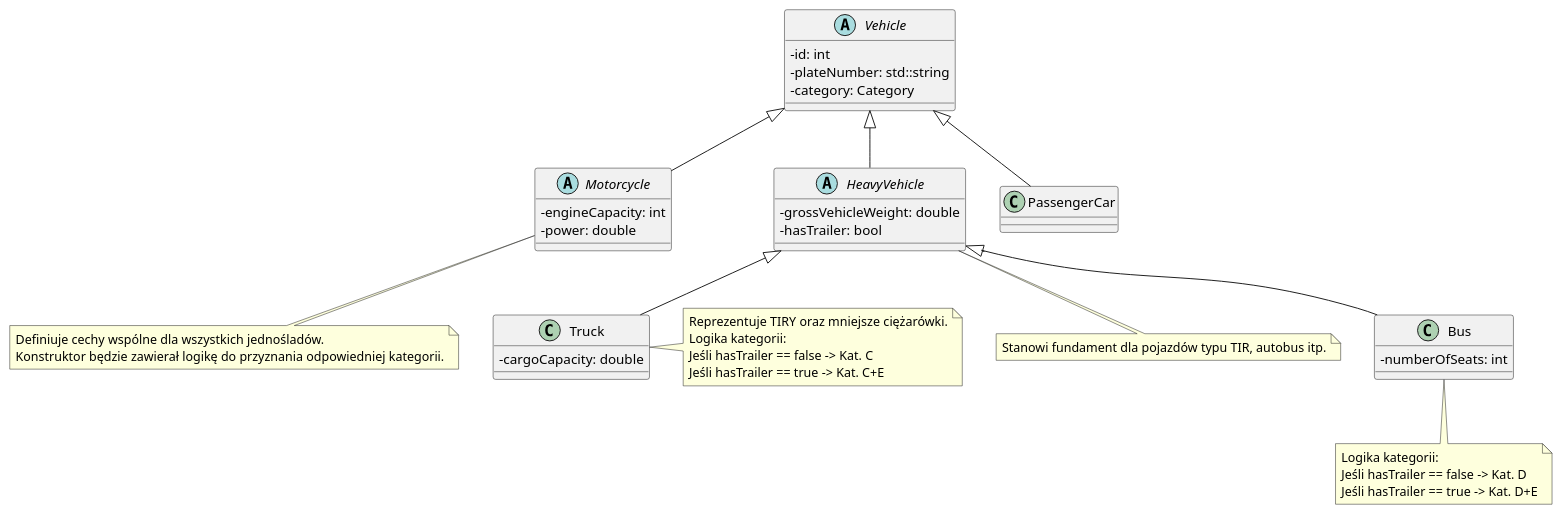
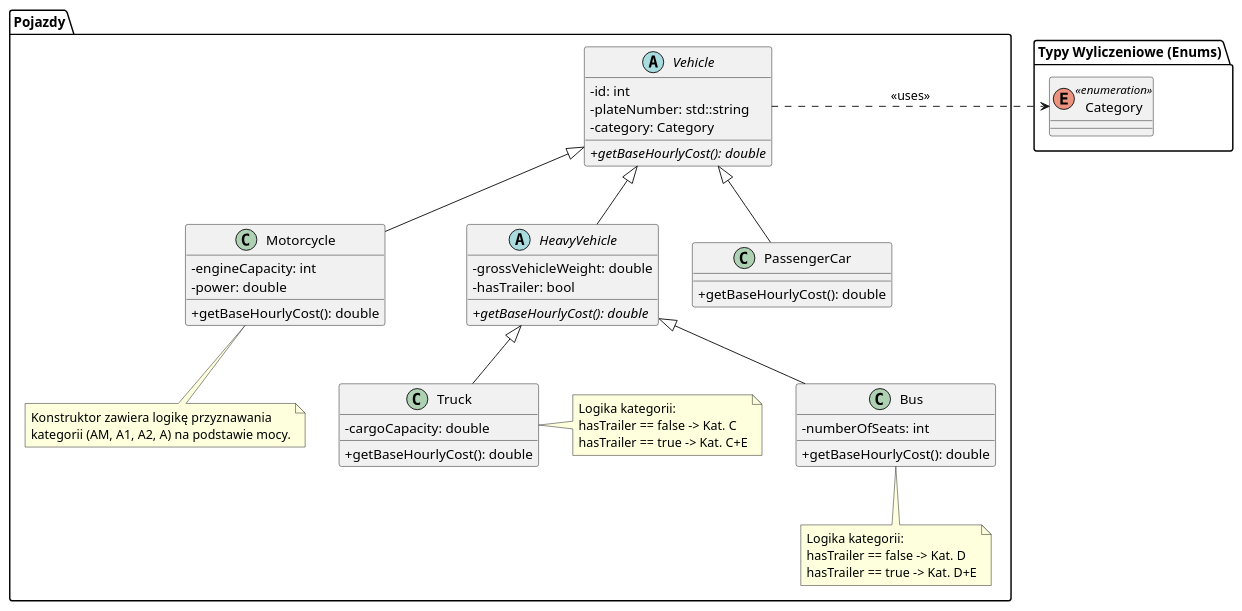
One commit to j-muszynski/Centrum-Szkoleniowe-POBI changed the diagram in uml/model/vehicle.puml. Above: the diagram before and after it, drawn with PlantUML. The commit also changed 9 other files, not shown here.

Commit message:
Aktualizacja UML

```diff
--- a/uml/model/vehicle.puml
+++ b/uml/model/vehicle.puml
@@ -1,56 +1,64 @@
 @startuml
 skinparam classAttributeIconSize 0
-abstract class Vehicle {
-    - id: int
-    - plateNumber: std::string
-    - category: Category
+
+package "Typy Wyliczeniowe (Enums)" {
+    enum Category <<enumeration>>
 }
 
-abstract class Motorcycle {
-    - engineCapacity: int
-    - power: double
+package "Pojazdy" {
+    abstract class Vehicle {
+        - id: int
+        - plateNumber: std::string
+        - category: Category
+        + {abstract} getBaseHourlyCost(): double
+    }
+
+    class Motorcycle {
+        - engineCapacity: int
+        - power: double
+        + getBaseHourlyCost(): double
+    }
+    note bottom of Motorcycle
+      Konstruktor zawiera logikę przyznawania
+      kategorii (AM, A1, A2, A) na podstawie mocy.
+    end note
+
+    abstract class HeavyVehicle {
+        - grossVehicleWeight: double
+        - hasTrailer: bool
+        + {abstract} getBaseHourlyCost(): double
+    }
+
+    class PassengerCar {
+        + getBaseHourlyCost(): double
+    }
+
+    class Truck {
+        - cargoCapacity: double
+        + getBaseHourlyCost(): double
+    }
+    note right of Truck
+      Logika kategorii:
+      hasTrailer == false -> Kat. C
+      hasTrailer == true -> Kat. C+E
+    end note
+
+    class Bus {
+        - numberOfSeats: int
+        + getBaseHourlyCost(): double
+    }
+    note bottom of Bus
+      Logika kategorii:
+      hasTrailer == false -> Kat. D
+      hasTrailer == true -> Kat. D+E
+    end note
 }
-note bottom of Motorcycle
-  Definiuje cechy wspólne dla wszystkich jednośladów.
-  Konstruktor będzie zawierał logikę do przyznania odpowiedniej kategorii.
-end note
-
-abstract class HeavyVehicle {
-    - grossVehicleWeight: double
-    - hasTrailer: bool
-}
-note bottom of HeavyVehicle
-  Stanowi fundament dla pojazdów typu TIR, autobus itp.
-end note
-
-class PassengerCar {
-}
-
-class Truck {
-    - cargoCapacity: double
-}
-note right of Truck
-  Reprezentuje TIRY oraz mniejsze ciężarówki.
-  Logika kategorii:
-  Jeśli hasTrailer == false -> Kat. C
-  Jeśli hasTrailer == true -> Kat. C+E
-end note
-
-class Bus {
-    - numberOfSeats: int
-}
-note bottom of Bus
-  Logika kategorii:
-  Jeśli hasTrailer == false -> Kat. D
-  Jeśli hasTrailer == true -> Kat. D+E
-end note
-
 
 Vehicle <|-- Motorcycle
 Vehicle <|-- HeavyVehicle
 Vehicle <|-- PassengerCar
-
 HeavyVehicle <|-- Truck
 HeavyVehicle <|-- Bus
 
+Vehicle .right.> Category : <<uses>>
 @enduml
```
